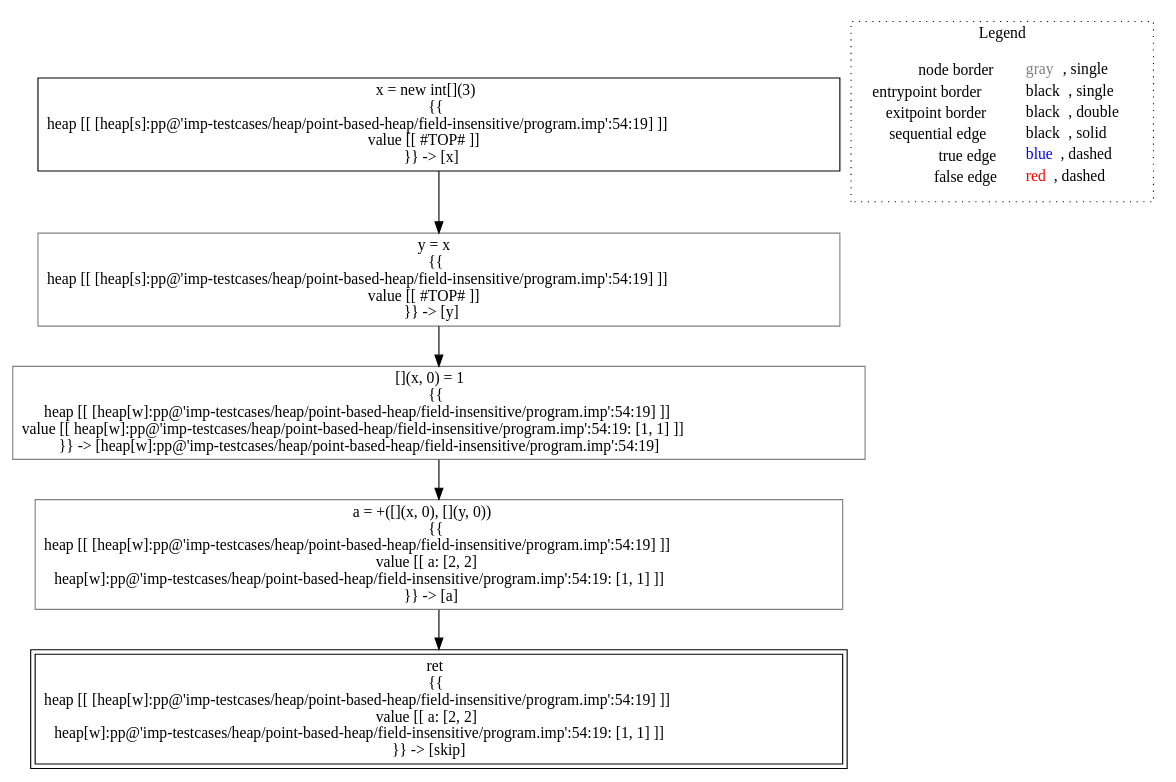
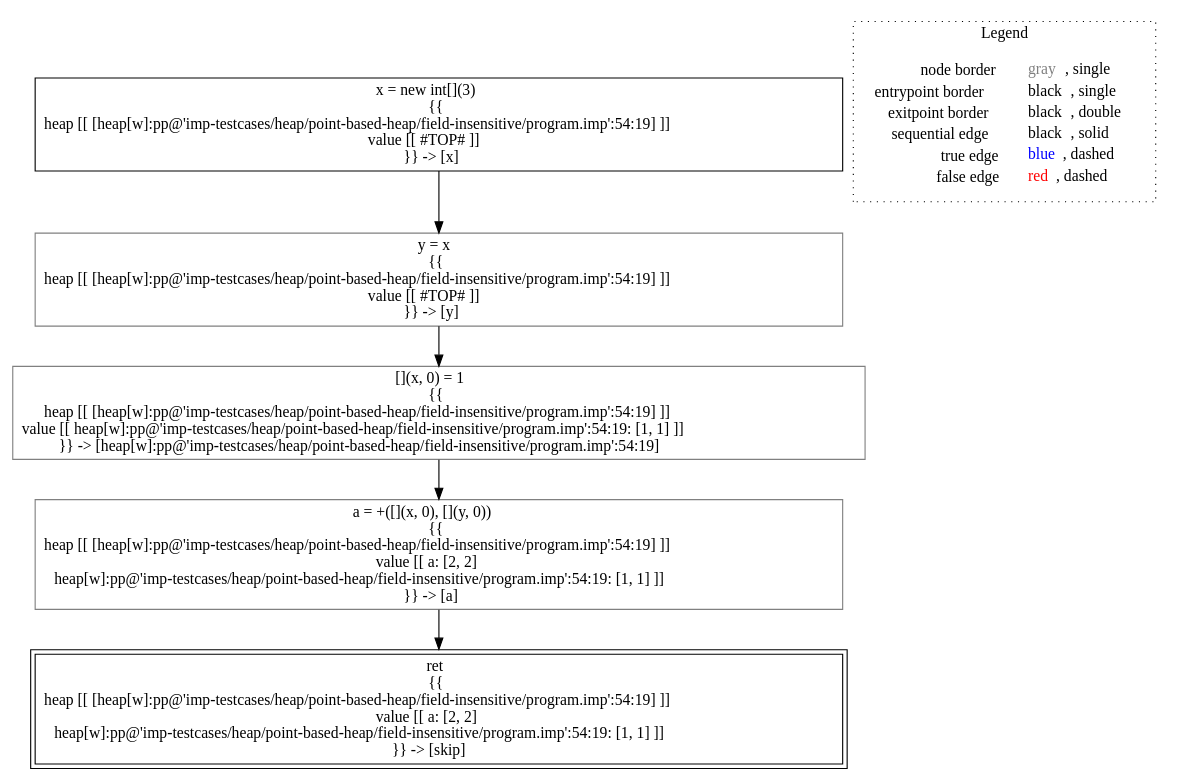
Before and after one commit to lisa-analyzer/lisa: the diagram in lisa/imp-testcases/heap/point-based-heap/field-insensitive/analysis___untyped_A.f6(A_this).dot, drawn with Graphviz. The commit also changed 8 other files, not shown here.

Commit message:
#95 completely removed substitutions from point based heap analyses

```diff
--- a/lisa/imp-testcases/heap/point-based-heap/field-insensitive/analysis___untyped_A.f6(A_this).dot
+++ b/lisa/imp-testcases/heap/point-based-heap/field-insensitive/analysis___untyped_A.f6(A_this).dot
@@ -1,18 +1,18 @@
 digraph {
-	"node0" [shape="rect",color="black",label=<x = new int[](3)<BR/>{{<BR/>heap [[ [heap[s]:pp@'imp-testcases/heap/point-based-heap/field-insensitive/program.imp':54:19] ]]<BR/>value [[ #TOP# ]]<BR/>}} -&gt; [x]>];
+	"node0" [shape="rect",color="black",label=<x = new int[](3)<BR/>{{<BR/>heap [[ [heap[w]:pp@'imp-testcases/heap/point-based-heap/field-insensitive/program.imp':54:19] ]]<BR/>value [[ #TOP# ]]<BR/>}} -&gt; [x]>];
 	"node1" [shape="rect",color="gray",label=<a = +([](x, 0), [](y, 0))<BR/>{{<BR/>heap [[ [heap[w]:pp@'imp-testcases/heap/point-based-heap/field-insensitive/program.imp':54:19] ]]<BR/>value [[ a: [2, 2]<BR/>heap[w]:pp@'imp-testcases/heap/point-based-heap/field-insensitive/program.imp':54:19: [1, 1] ]]<BR/>}} -&gt; [a]>];
 	"node2" [shape="rect",color="gray",label=<[](x, 0) = 1<BR/>{{<BR/>heap [[ [heap[w]:pp@'imp-testcases/heap/point-based-heap/field-insensitive/program.imp':54:19] ]]<BR/>value [[ heap[w]:pp@'imp-testcases/heap/point-based-heap/field-insensitive/program.imp':54:19: [1, 1] ]]<BR/>}} -&gt; [heap[w]:pp@'imp-testcases/heap/point-based-heap/field-insensitive/program.imp':54:19]>];
 	"node3" [shape="rect",color="black",peripheries="2",label=<ret<BR/>{{<BR/>heap [[ [heap[w]:pp@'imp-testcases/heap/point-based-heap/field-insensitive/program.imp':54:19] ]]<BR/>value [[ a: [2, 2]<BR/>heap[w]:pp@'imp-testcases/heap/point-based-heap/field-insensitive/program.imp':54:19: [1, 1] ]]<BR/>}} -&gt; [skip]>];
-	"node4" [shape="rect",color="gray",label=<y = x<BR/>{{<BR/>heap [[ [heap[s]:pp@'imp-testcases/heap/point-based-heap/field-insensitive/program.imp':54:19] ]]<BR/>value [[ #TOP# ]]<BR/>}} -&gt; [y]>];
+	"node4" [shape="rect",color="gray",label=<y = x<BR/>{{<BR/>heap [[ [heap[w]:pp@'imp-testcases/heap/point-based-heap/field-insensitive/program.imp':54:19] ]]<BR/>value [[ #TOP# ]]<BR/>}} -&gt; [y]>];
 	"node1" -> "node3" [color="black"];
 	"node2" -> "node1" [color="black"];
 	"node0" -> "node4" [color="black"];
 	"node4" -> "node2" [color="black"];
 subgraph cluster_legend {
 	label="Legend";
 	style=dotted;
 	node [shape=plaintext];
 	"legend" [label=<<table border="0" cellpadding="2" cellspacing="0" cellborder="0"><tr><td align="right">node border&nbsp;</td><td align="left"><font color="gray">gray</font>, single</td></tr><tr><td align="right">entrypoint border&nbsp;</td><td align="left"><font color="black">black</font>, single</td></tr><tr><td align="right">exitpoint border&nbsp;</td><td align="left"><font color="black">black</font>, double</td></tr><tr><td align="right">sequential edge&nbsp;</td><td align="left"><font color="black">black</font>, solid</td></tr><tr><td align="right">true edge&nbsp;</td><td align="left"><font color="blue">blue</font>, dashed</td></tr><tr><td align="right">false edge&nbsp;</td><td align="left"><font color="red">red</font>, dashed</td></tr></table>>];
 }
 
 }
```
